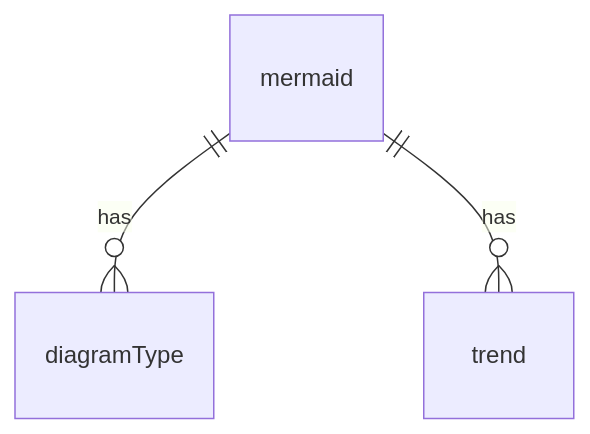
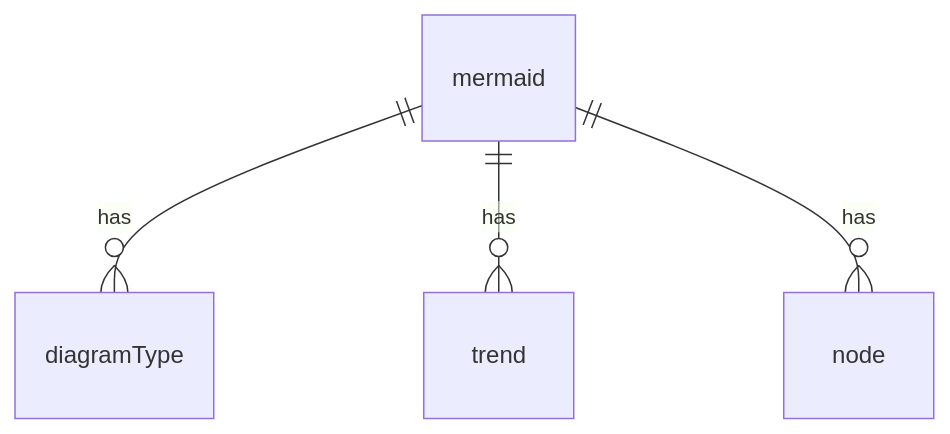
Before and after one commit to Echo-Yanglulu/obsidianPrivateNote: the diagram in 笔记/思考工具/图形/mermaid语法.md, drawn with Mermaid.

Commit message:
backup: 2022-07-09 12:54:58
Affected files:
笔记/思考工具/图形/mermaid语法.md

````diff
--- a/笔记/思考工具/图形/mermaid语法.md
+++ b/笔记/思考工具/图形/mermaid语法.md
@@ -1,5 +1,6 @@
 ``` mermaid
 	erDiagram
 	mermaid ||--o{ diagramType: has
 	mermaid ||--o{ trend: has
+	mermaid ||--o{ node: has
 ```
````
